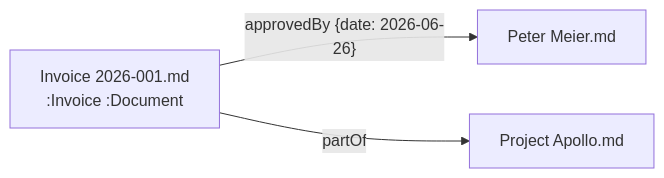
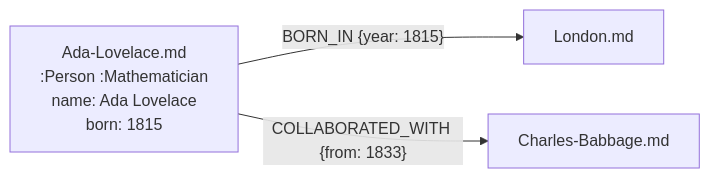
One commit to property-graph-markdown/specification changed the diagram in README.md. Above: the diagram before and after it, drawn with Mermaid. The commit also changed other lines of this file and 23 other files, not shown here.

````diff
--- a/README.md
+++ b/README.md
@@ -48,8 +61,8 @@
 ```mermaid
 graph LR
-    invoice["Invoice 2026-001.md<br/>:Invoice :Document"]
-    peter["Peter Meier.md"]
-    project["Project Apollo.md"]
-    invoice -- "approvedBy {date: 2026-06-26}" --> peter
-    invoice -- "partOf" --> project
+    ada["Ada-Lovelace.md<br/>:Person :Mathematician<br/>name: Ada Lovelace<br/>born: 1815"]
+    london["London.md"]
+    charles["Charles-Babbage.md"]
+    ada -- "BORN_IN {year: 1815}" --> london
+    ada -- "COLLABORATED_WITH {from: 1833}" --> charles
 ```
````
